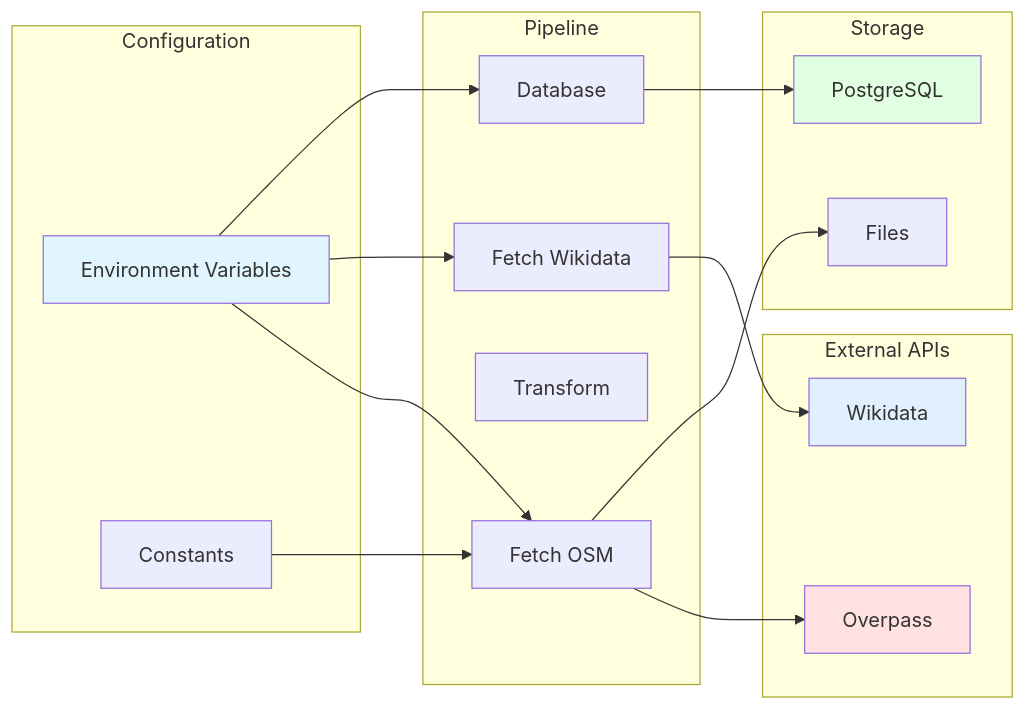
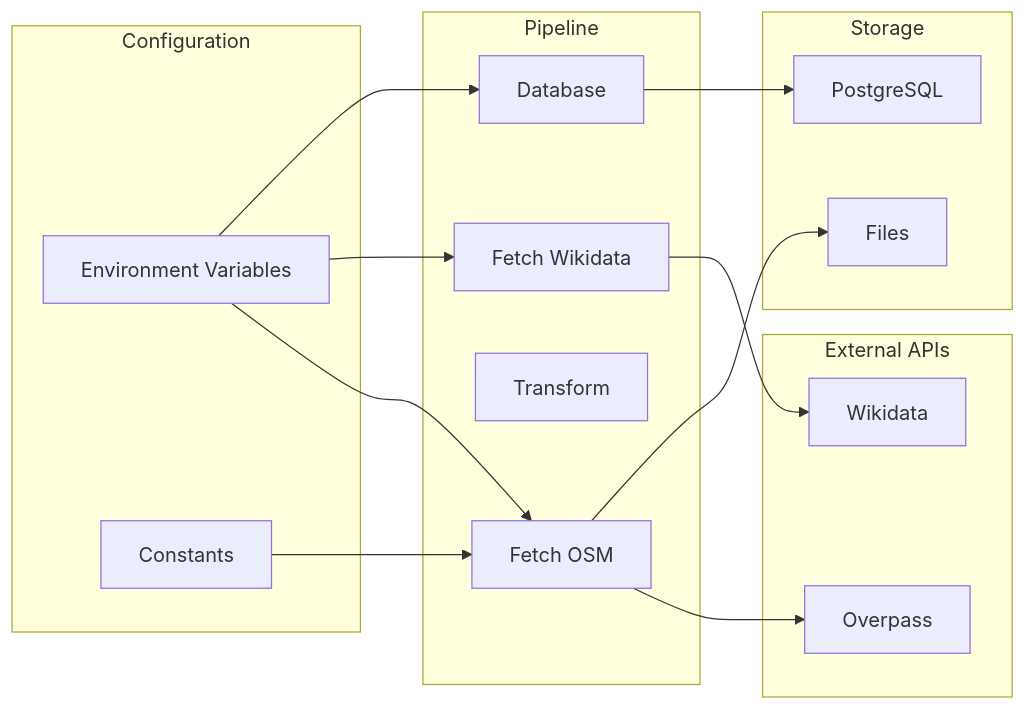
Before and after one commit to DaxServer/geocode-commons-categories: the second of 12 diagrams in docs/import/visual-overview.md, drawn with Mermaid. The commit also changed other lines of this file and 5 other files, not shown here.

````diff
--- a/docs/import/visual-overview.md
+++ b/docs/import/visual-overview.md
@@ -46,39 +41,35 @@
 ```mermaid
 graph LR
     subgraph "Configuration"
         C1[Environment Variables]
         C2[Constants]
     end
 
     subgraph "Pipeline"
         P1[Fetch OSM]
         P2[Fetch Wikidata]
         P3[Transform]
         P4[Database]
     end
 
     subgraph "External APIs"
         A1[Overpass]
         A2[Wikidata]
     end
 
     subgraph "Storage"
         S1[Files]
         S2[PostgreSQL]
     end
 
     C1 --> P1
     C2 --> P1
     C1 --> P2
     C1 --> P4
 
     P1 --> A1
     P2 --> A2
     P1 --> S1
     P4 --> S2
 
-    style C1 fill:#e1f5ff
-    style A1 fill:#ffe1e1
-    style A2 fill:#e1f0ff
-    style S2 fill:#e1ffe1
 ```
````
